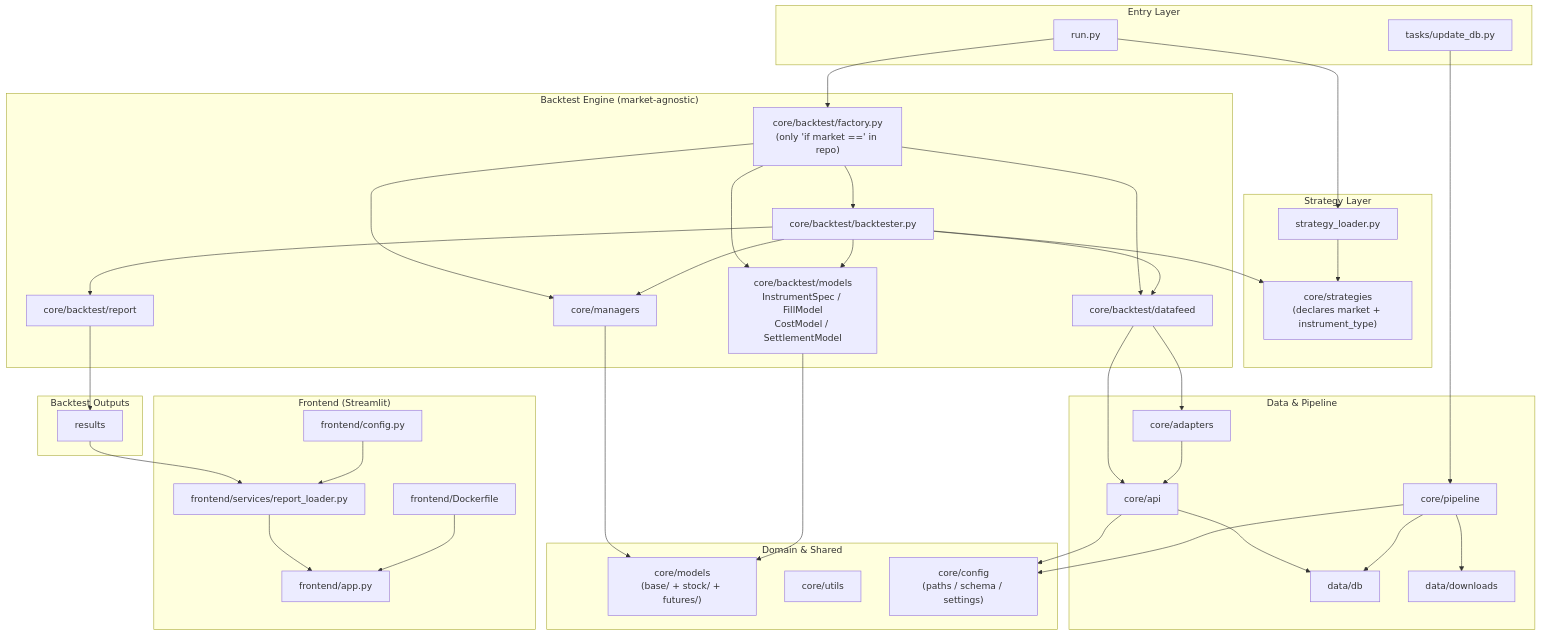
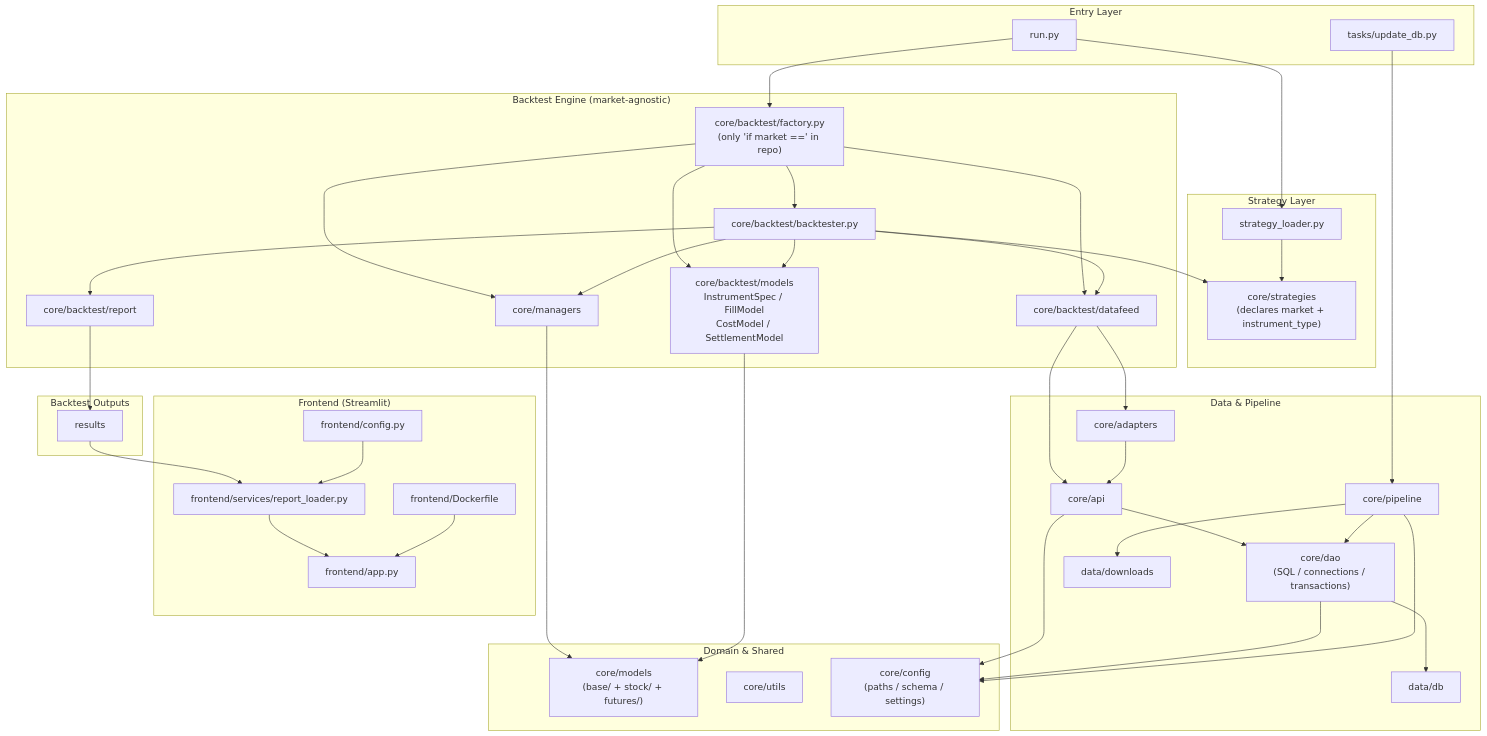
The diagram in README_en.md (NYFund/alphaedge), drawn with Mermaid before and after one commit. The commit also changed other lines of this file and 11 other files, not shown here.

````diff
--- a/README_en.md
+++ b/README_en.md
@@ -11,75 +11,78 @@
 ```mermaid
 graph TB
     subgraph entry ["Entry Layer"]
         RunPy["run.py"]
         Tasks["tasks/update_db.py"]
     end
 
     subgraph strategy_layer ["Strategy Layer"]
         Strategies["core/strategies<br/>(declares market + instrument_type)"]
         Loader["strategy_loader.py"]
     end
 
     subgraph engine_layer ["Backtest Engine (market-agnostic)"]
         Factory["core/backtest/factory.py<br/>(only 'if market ==' in repo)"]
         Backtester["core/backtest/backtester.py"]
         BTModels["core/backtest/models<br/>InstrumentSpec / FillModel<br/>CostModel / SettlementModel"]
         Feed["core/backtest/datafeed"]
         Managers["core/managers"]
         Report["core/backtest/report"]
     end
 
     subgraph domain_layer ["Domain & Shared"]
         Models["core/models<br/>(base/ + stock/ + futures/)"]
         Utils["core/utils"]
         Config["core/config<br/>(paths / schema / settings)"]
     end
 
     subgraph data_layer ["Data & Pipeline"]
         API["core/api"]
         Adapters["core/adapters"]
+        DAO["core/dao<br/>(SQL / connections / transactions)"]
         Pipeline["core/pipeline"]
         DB["data/db"]
         Data["data/downloads"]
     end
 
     subgraph output_layer ["Backtest Outputs"]
         Results["results"]
     end
 
     subgraph frontend_layer ["Frontend (Streamlit)"]
         FrontendApp["frontend/app.py"]
         FrontendService["frontend/services/report_loader.py"]
         FrontendConfig["frontend/config.py"]
         FrontendDocker["frontend/Dockerfile"]
     end
 
     RunPy --> Loader
     Loader --> Strategies
     RunPy --> Factory
     Factory --> Backtester
     Factory --> BTModels
     Factory --> Feed
     Factory --> Managers
     Backtester --> Strategies
     Backtester --> BTModels
     Backtester --> Feed
     Backtester --> Managers
     Backtester --> Report
     Managers --> Models
     BTModels --> Models
     Feed --> API
     Feed --> Adapters
-    API --> DB
+    API --> DAO
+    DAO --> DB
     Adapters --> API
     API --> Config
+    DAO --> Config
+    Pipeline --> DAO
     Pipeline --> Config
     Tasks --> Pipeline
-    Pipeline --> DB
     Pipeline --> Data
     Report --> Results
     Results --> FrontendService
     FrontendConfig --> FrontendService
     FrontendService --> FrontendApp
     FrontendDocker --> FrontendApp
 ```
````
